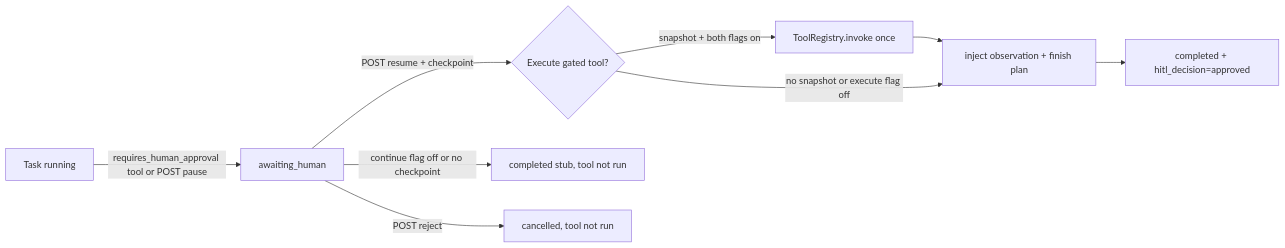
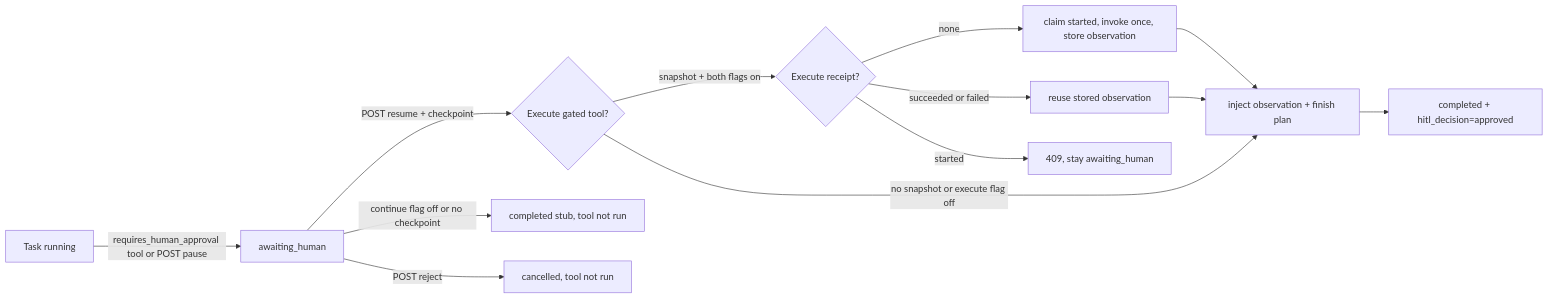
One commit to jahonn/ProAgent-OS changed the third of 5 diagrams in docs/ARCHITECTURE.md. Above: the diagram before and after it, drawn with Mermaid. The commit also changed other lines of this file and 13 other files, not shown here.

First line of the commit message:
feat(hitl): crash-safe exactly-once receipt for execute-on-approve (#39)

````diff
--- a/docs/ARCHITECTURE.md
+++ b/docs/ARCHITECTURE.md
@@ -77,11 +77,15 @@
 ```mermaid
 flowchart LR
   run[Task running] -->|requires_human_approval tool or POST pause| pause[awaiting_human]
   pause -->|POST resume + checkpoint| gate{Execute gated tool?}
-  gate -->|snapshot + both flags on| once[ToolRegistry.invoke once]
+  gate -->|snapshot + both flags on| receipt{Execute receipt?}
+  receipt -->|none| once[claim started, invoke once, store observation]
   once --> cont[inject observation + finish plan]
+  receipt -->|succeeded or failed| reuse[reuse stored observation]
+  reuse --> cont
+  receipt -->|started| block[409, stay awaiting_human]
   gate -->|no snapshot or execute flag off| cont
   cont --> done[completed + hitl_decision=approved]
   pause -->|continue flag off or no checkpoint| stub[completed stub, tool not run]
   pause -->|POST reject| cancel[cancelled, tool not run]
 ```
````
